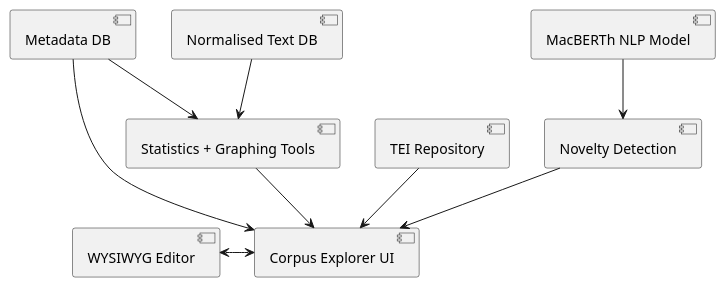
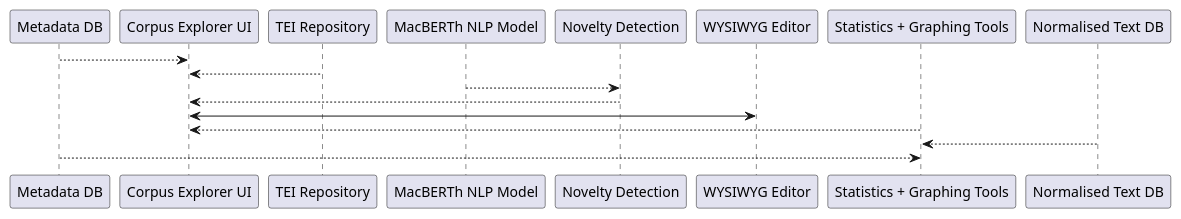
Before and after one commit to leegee/mutatis-mutandis: the diagram in docs/uml/connections/analysis.puml, drawn with PlantUML. The commit also changed 12 other files, not shown here.

```diff
--- a/docs/uml/connections/analysis.puml
+++ b/docs/uml/connections/analysis.puml
@@ -1,12 +1,12 @@
+' Analysis & UI
+"Metadata DB" --> "Corpus Explorer UI"
+"TEI Repository" --> "Corpus Explorer UI"
 
-' Analysis & UI
-[Metadata DB] --> [Corpus Explorer UI]
-[TEI Repository] --> [Corpus Explorer UI]
+"MacBERTh NLP Model" --> "Novelty Detection"
+"Novelty Detection" --> "Corpus Explorer UI"
 
-[MacBERTh NLP Model] --> [Novelty Detection]
-[Novelty Detection] --> [Corpus Explorer UI]
+"WYSIWYG Editor" <-> "Corpus Explorer UI"
+"Statistics + Graphing Tools" --> "Corpus Explorer UI"
 
-[WYSIWYG Editor] <-> [Corpus Explorer UI]
-[Statistics + Graphing Tools] --> [Corpus Explorer UI]
-[Normalised Text DB] --> [Statistics + Graphing Tools]
-[Metadata DB] --> [Statistics + Graphing Tools]
+"Normalised Text DB" --> "Statistics + Graphing Tools"
+"Metadata DB" --> "Statistics + Graphing Tools"
```
